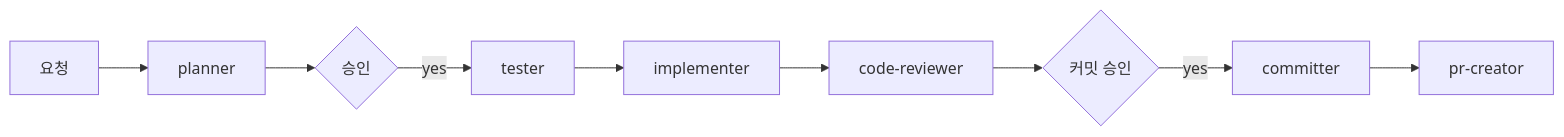
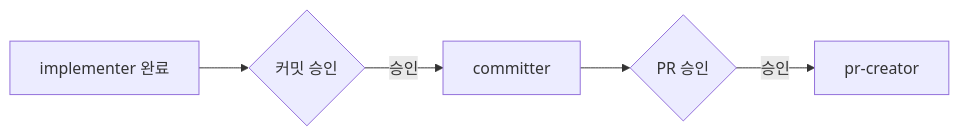
The fourth of 8 diagrams in README.md (chanho0908/Keepiluv-Agent), drawn with Mermaid before and after one commit. The commit also changed other lines of this file and 11 other files, not shown here.

````diff
--- a/README.md
+++ b/README.md
@@ -71,11 +104,7 @@
 ```mermaid
 flowchart LR
-    U["요청"] --> P["planner"]
-    P --> A{"승인"}
-    A -->|yes| T["tester"]
-    T --> I["implementer"]
-    I --> R["code-reviewer"]
-    R --> C{"커밋 승인"}
-    C -->|yes| M["committer"]
-    M --> PR["pr-creator"]
+    I["implementer 완료"] --> C1{"커밋 승인"}
+    C1 -->|승인| C["committer"]
+    C --> P1{"PR 승인"}
+    P1 -->|승인| PR["pr-creator"]
 ```
````
